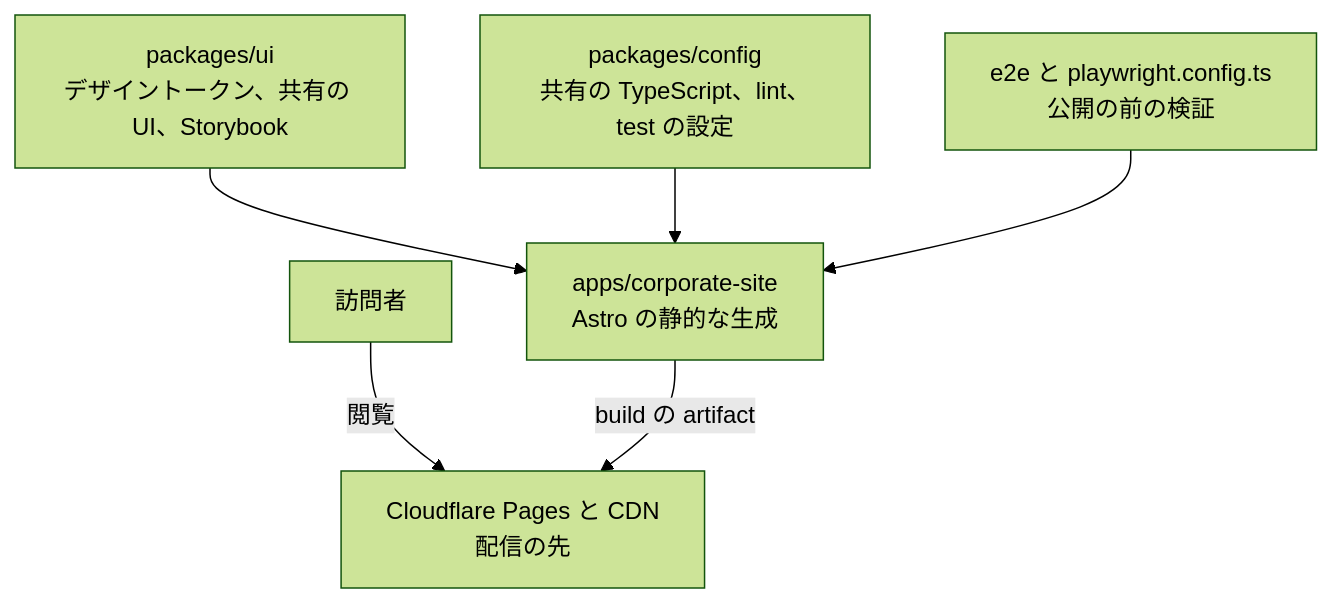
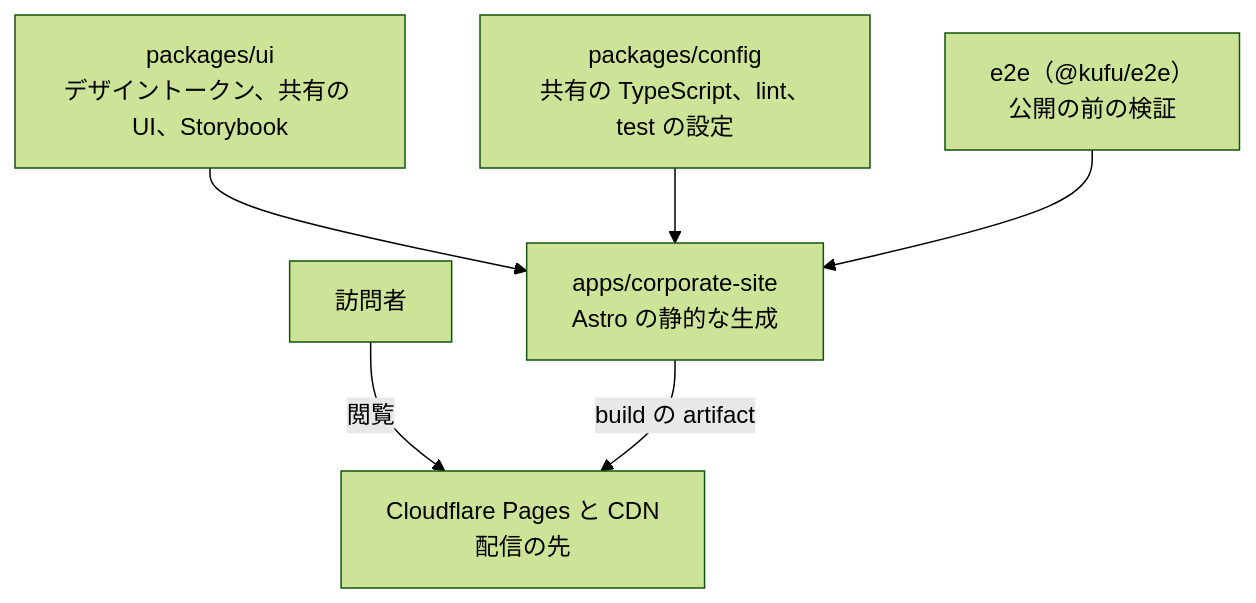
The diagram in docs/design/DesignDoc.md (Fukuemon/kufu-apps), drawn with Mermaid (forest theme) before and after one commit. The commit also changed other lines of this file and 9 other files, not shown here.

````diff
--- a/docs/design/DesignDoc.md
+++ b/docs/design/DesignDoc.md
@@ -61,8 +61,8 @@
 ```mermaid
 flowchart TD
     Visitor["訪問者"] -->|"閲覧"| CF["Cloudflare Pages と CDN<br/>配信の先"]
     Corp["apps/corporate-site<br/>Astro の静的な生成"] -->|"build の artifact"| CF
     UI["packages/ui<br/>デザイントークン、共有の UI、Storybook"] --> Corp
     Config["packages/config<br/>共有の TypeScript、lint、test の設定"] --> Corp
-    E2E["e2e と playwright.config.ts<br/>公開の前の検証"] --> Corp
+    E2E["e2e（@kufu/e2e）<br/>公開の前の検証"] --> Corp
 ```
````
